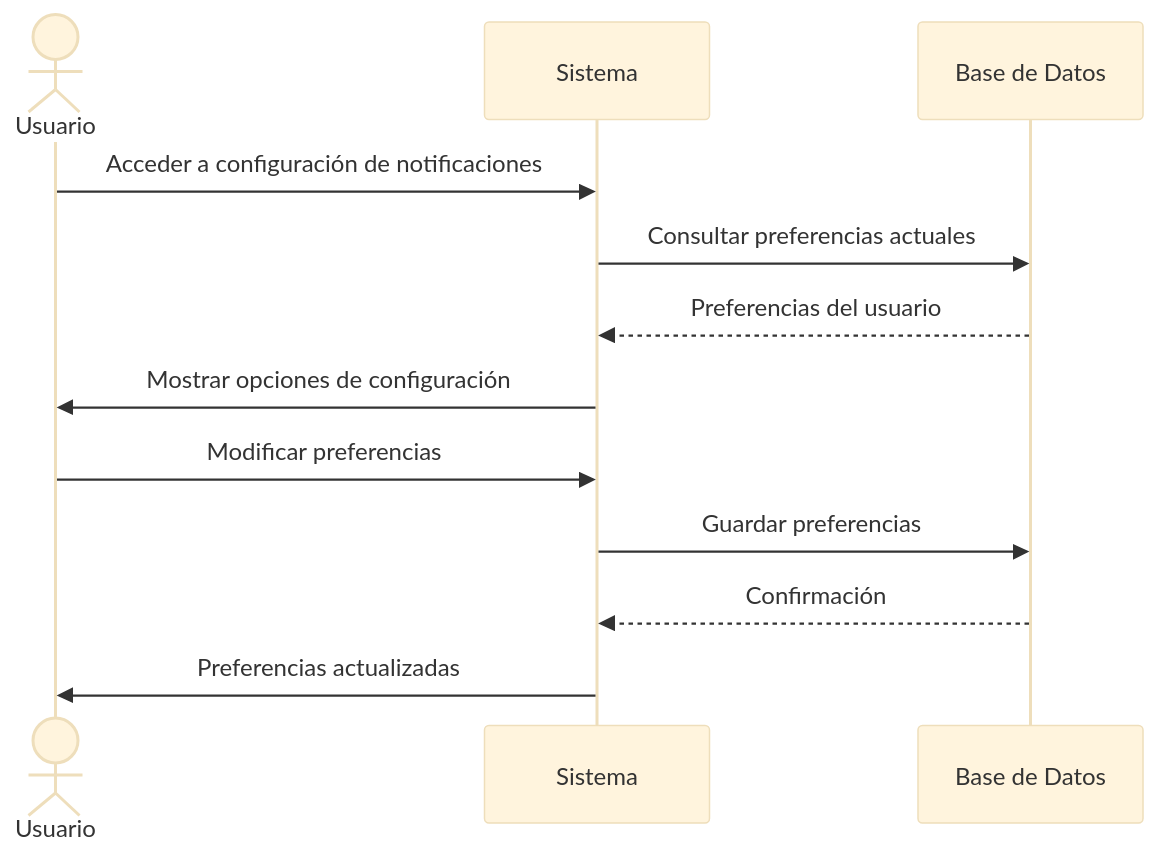
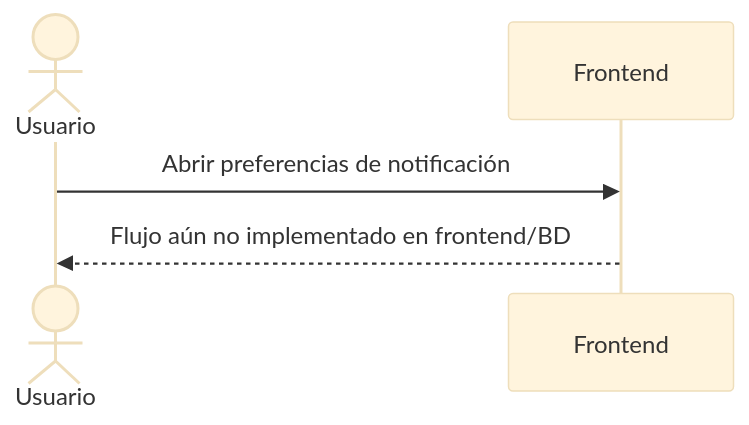
Before and after one commit to Deibyd07/Gestion-de-Eventos: diagram 18 of 33 in Documentacion/Diagramas/Diagrama_Secuencias.md, drawn with Mermaid (base theme). The commit also changed other lines of this file, not shown here.

Commit message:
Update sequence diagrams to reflect actual implementation

````diff
--- a/Documentacion/Diagramas/Diagrama_Secuencias.md
+++ b/Documentacion/Diagramas/Diagrama_Secuencias.md
@@ -400,15 +347,8 @@
 ```mermaid
 sequenceDiagram
     actor Usuario
-    participant Sistema
-    participant BD as Base de Datos
-    
-    Usuario->>Sistema: Acceder a configuración de notificaciones
-    Sistema->>BD: Consultar preferencias actuales
-    BD-->>Sistema: Preferencias del usuario
-    Sistema->>Usuario: Mostrar opciones de configuración
-    Usuario->>Sistema: Modificar preferencias
-    Sistema->>BD: Guardar preferencias
-    BD-->>Sistema: Confirmación
-    Sistema->>Usuario: Preferencias actualizadas
+    participant App as Frontend
+
+    Usuario->>App: Abrir preferencias de notificación
+    App-->>Usuario: Flujo aún no implementado en frontend/BD
 ```
````
